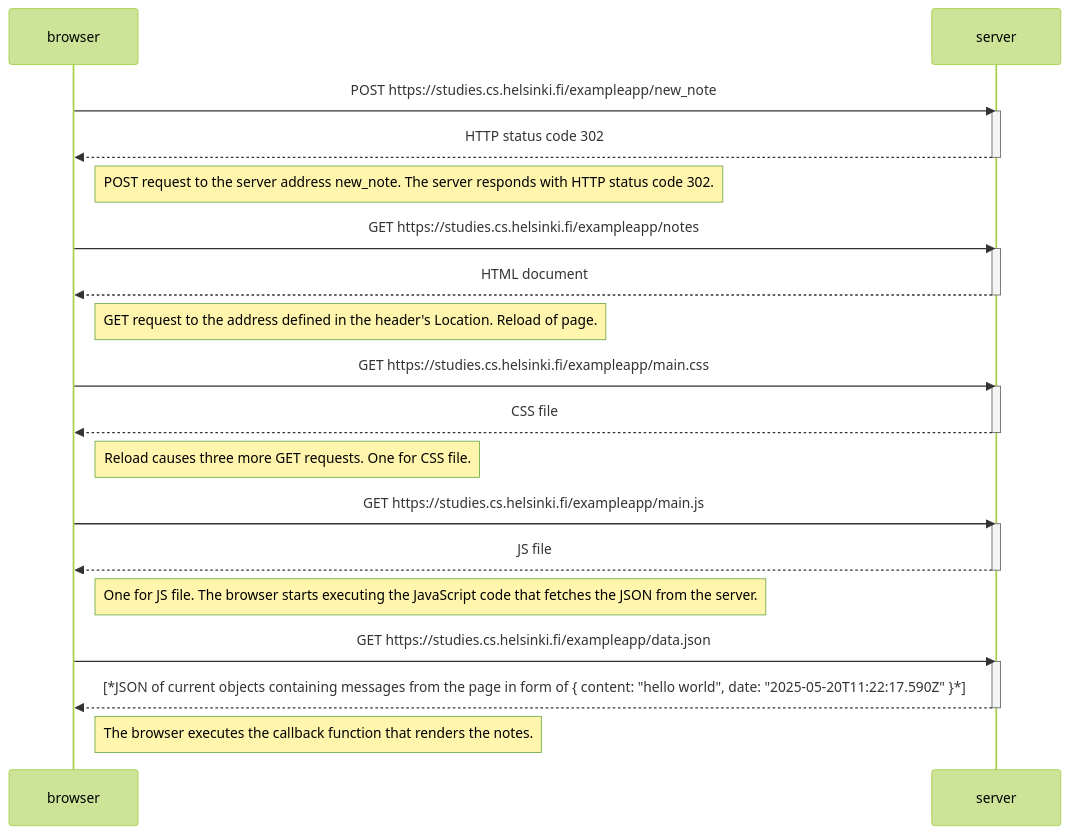
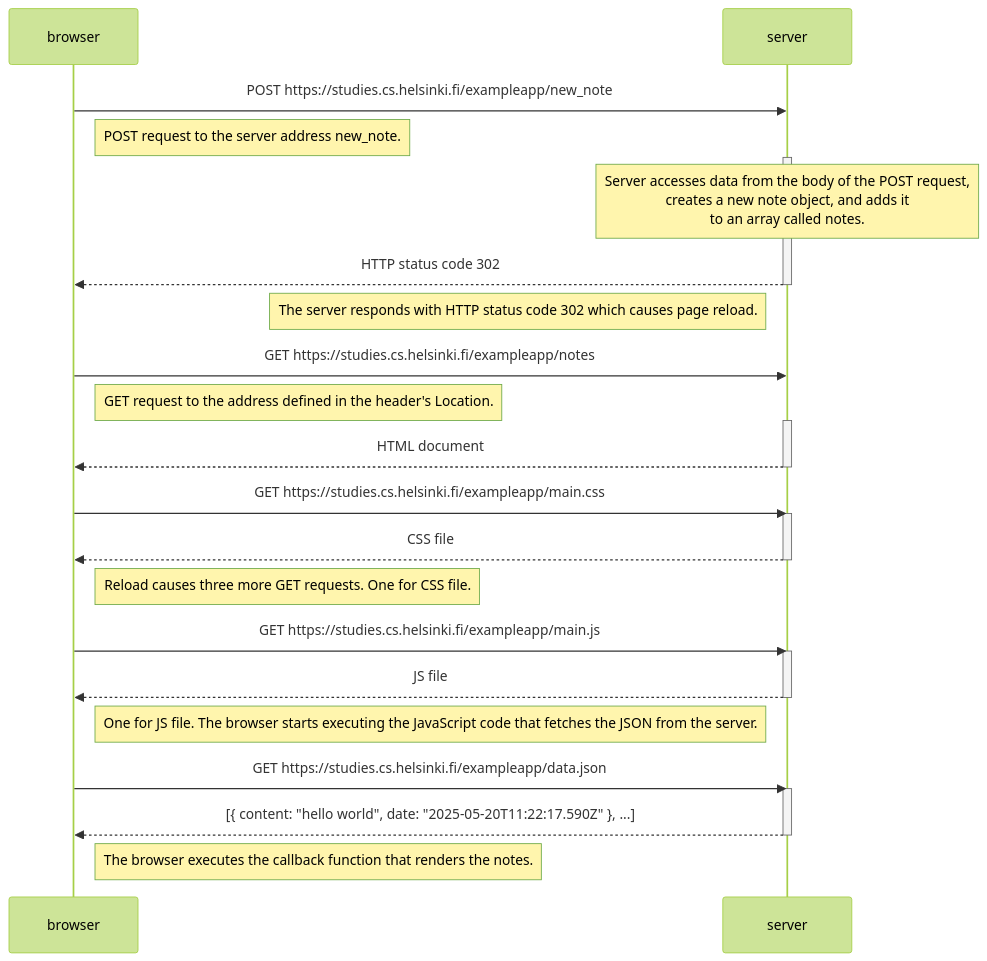
One commit to phmshk/FullStackOpen changed the diagram in part0/0_4.md. Above: the diagram before and after it, drawn with Mermaid (forest theme).

````diff
--- a/part0/0_4.md
+++ b/part0/0_4.md
@@ -1,40 +1,41 @@
 ```mermaid
 sequenceDiagram
   participant browser
   participant server
 
     browser->>server: POST  https://studies.cs.helsinki.fi/exampleapp/new_note
+    Note right of browser: POST request to the server address new_note. 
     activate server
+    Note over server: Server accesses data from the body of the POST request, <br> creates a new note object, and adds it <br> to an array called notes.
     server-->>browser: HTTP status code 302
     deactivate server
-
-    Note right of browser: POST request to the server address new_note. The server responds with HTTP status code 302.
+     Note left of server: The server responds with HTTP status code 302 which causes page reload.
 
     browser->>server: GET https://studies.cs.helsinki.fi/exampleapp/notes
+    Note right of browser: GET request to the address defined in the header's Location.
     activate server
     server-->>browser: HTML document
     deactivate server
-
-    Note right of browser: GET request to the address defined in the header's Location. Reload of page.
+    
 
     browser->>server: GET https://studies.cs.helsinki.fi/exampleapp/main.css
     activate server
     server-->>browser: CSS file
     deactivate server
 
     Note right of browser: Reload causes three more GET requests. One for CSS file.
 
     browser->>server: GET https://studies.cs.helsinki.fi/exampleapp/main.js
     activate server
     server-->>browser: JS file
     deactivate server
 
     Note right of browser: One for JS file. The browser starts executing the JavaScript code that fetches the JSON from the server.
 
     browser->>server: GET https://studies.cs.helsinki.fi/exampleapp/data.json
     activate server
-    server-->>browser: [*JSON of current objects containing messages from the page in form of { content: "hello world", date: "2025-05-20T11:22:17.590Z" }*]
+    server-->>browser: [{ content: "hello world", date: "2025-05-20T11:22:17.590Z" }, ...]
     deactivate server
 
     Note right of browser: The browser executes the callback function that renders the notes.
 ```
````
